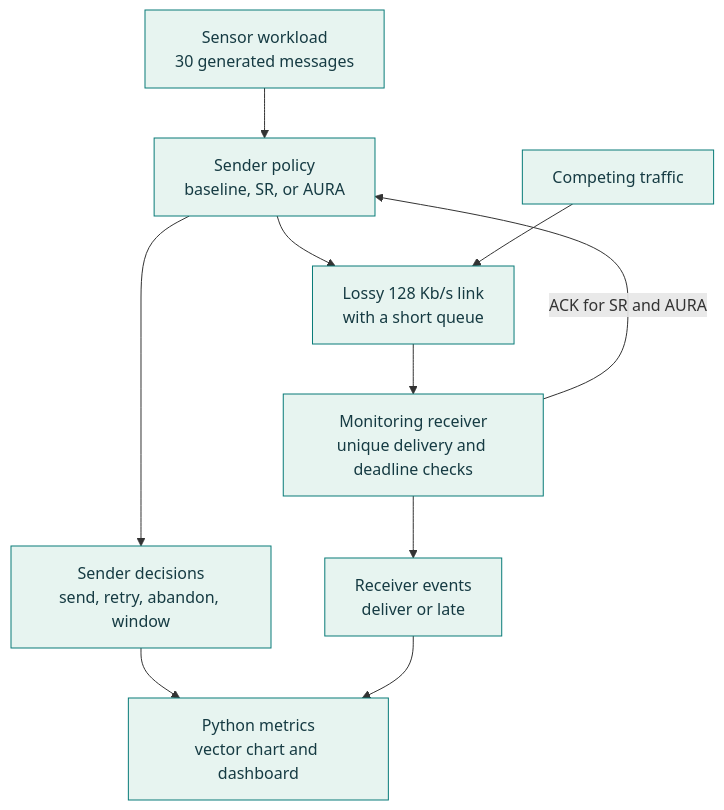
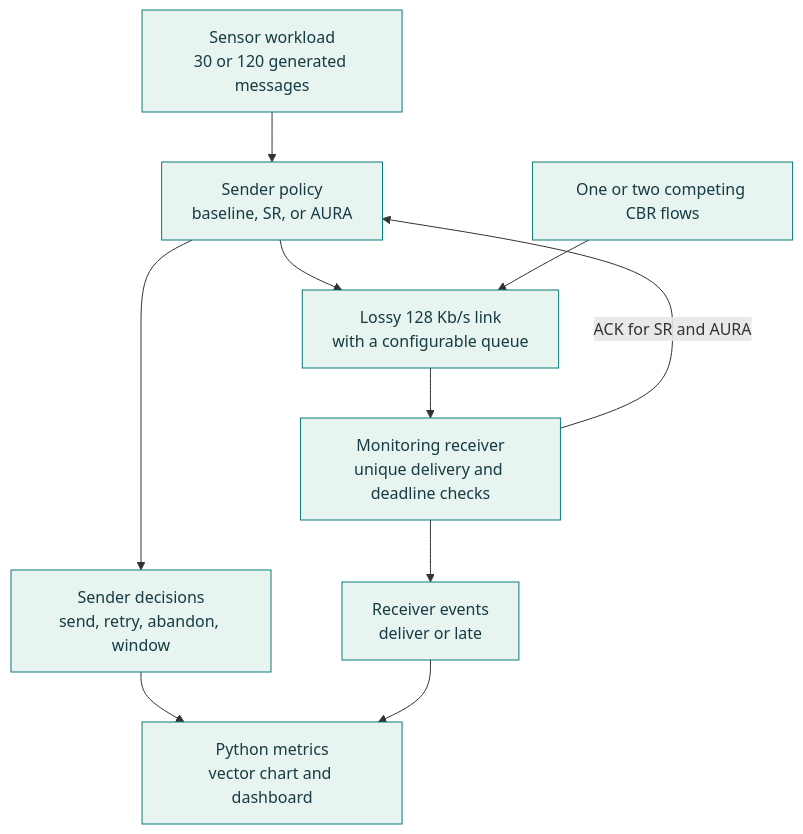
One commit to purvi126/AURA-UDP changed the first of 2 diagrams in README.md. Above: the diagram before and after it, drawn with Mermaid. The commit also changed other lines of this file and 8 other files, not shown here.

````diff
--- a/README.md
+++ b/README.md
@@ -19,12 +19,12 @@
 ```mermaid
 flowchart TB
-  N1["Sensor workload<br/>30 generated messages"] --> P["Sender policy<br/>baseline, SR, or AURA"] --> N2["Lossy 128 Kb/s link<br/>with a short queue"] --> N3["Monitoring receiver<br/>unique delivery and deadline checks"]
+  N1["Sensor workload<br/>30 or 120 generated messages"] --> P["Sender policy<br/>baseline, SR, or AURA"] --> N2["Lossy 128 Kb/s link<br/>with a configurable queue"] --> N3["Monitoring receiver<br/>unique delivery and deadline checks"]
   N3 -- "ACK for SR and AURA" --> P
   P --> L["Sender decisions<br/>send, retry, abandon, window"]
   N3 --> E["Receiver events<br/>deliver or late"]
   L --> N5["Python metrics<br/>vector chart and dashboard"]
   E --> N5
-  B["Competing traffic"] --> N2
+  B["One or two competing CBR flows"] --> N2
   classDef simulation fill:#e7f4f0,stroke:#087b78,color:#163b43
   class N1,P,N2,N3,L,E,N5,B simulation
 ```
````
